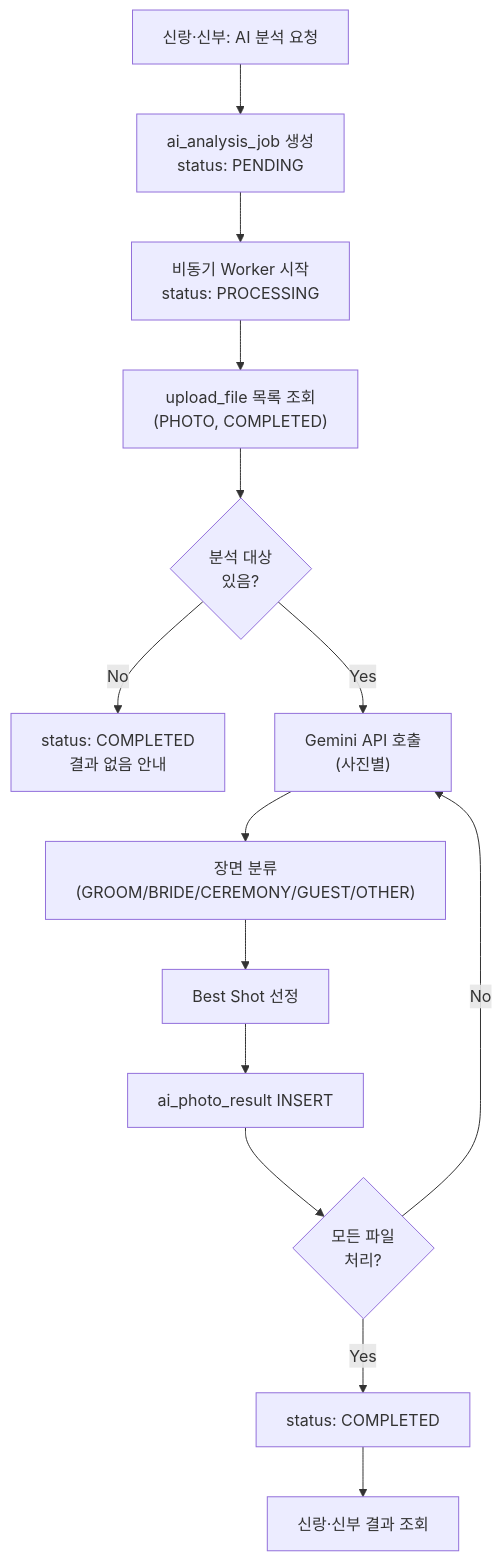
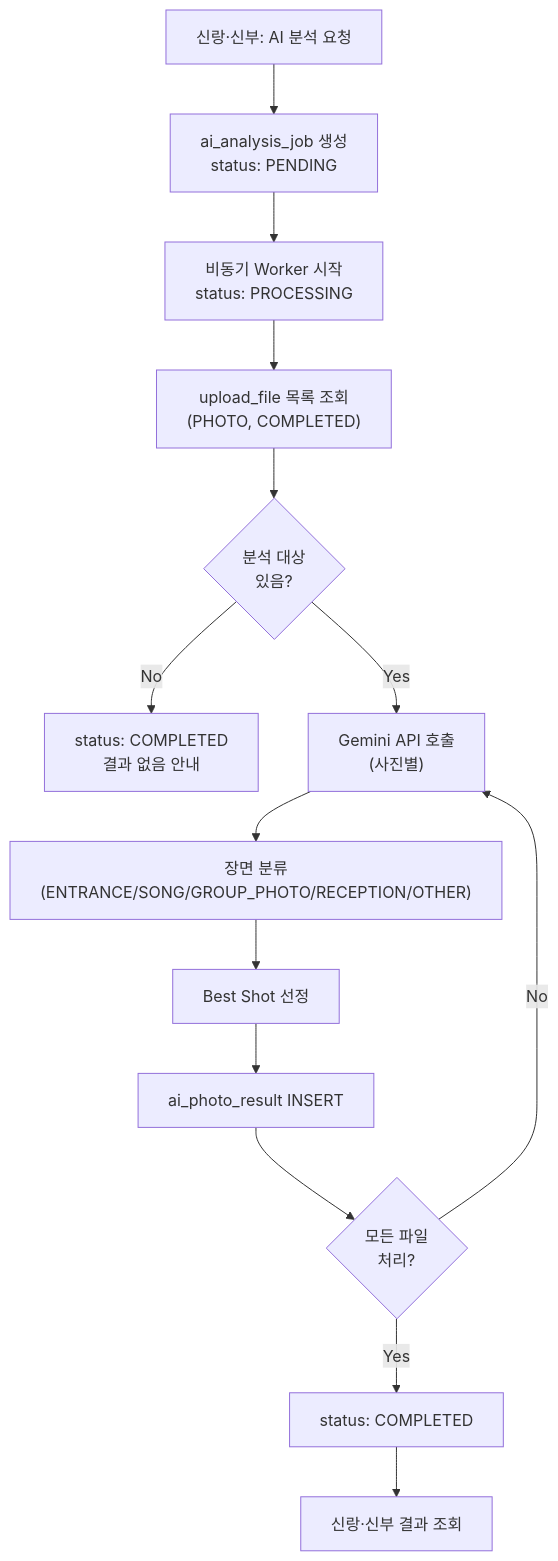
One commit to LeeHwansub/Memory-Wedding changed the ninth of 13 diagrams in docs/system-flow.md. Above: the diagram before and after it, drawn with Mermaid. The commit also changed 24 other files, not shown here.

````diff
--- a/docs/system-flow.md
+++ b/docs/system-flow.md
@@ -235,16 +235,16 @@
 ```mermaid
 flowchart TD
     A["신랑·신부: AI 분석 요청"] --> B["ai_analysis_job 생성\nstatus: PENDING"]
     B --> C["비동기 Worker 시작\nstatus: PROCESSING"]
     C --> D["upload_file 목록 조회\n(PHOTO, COMPLETED)"]
     D --> E{"분석 대상\n있음?"}
     E -->|No| F["status: COMPLETED\n결과 없음 안내"]
     E -->|Yes| G["Gemini API 호출\n(사진별)"]
-    G --> H["장면 분류\n(GROOM/BRIDE/CEREMONY/GUEST/OTHER)"]
+    G --> H["장면 분류\n(ENTRANCE/SONG/GROUP_PHOTO/RECEPTION/OTHER)"]
     H --> I["Best Shot 선정"]
     I --> J["ai_photo_result INSERT"]
     J --> K{"모든 파일\n처리?"}
     K -->|No| G
     K -->|Yes| L["status: COMPLETED"]
     L --> M["신랑·신부 결과 조회"]
 ```
````
